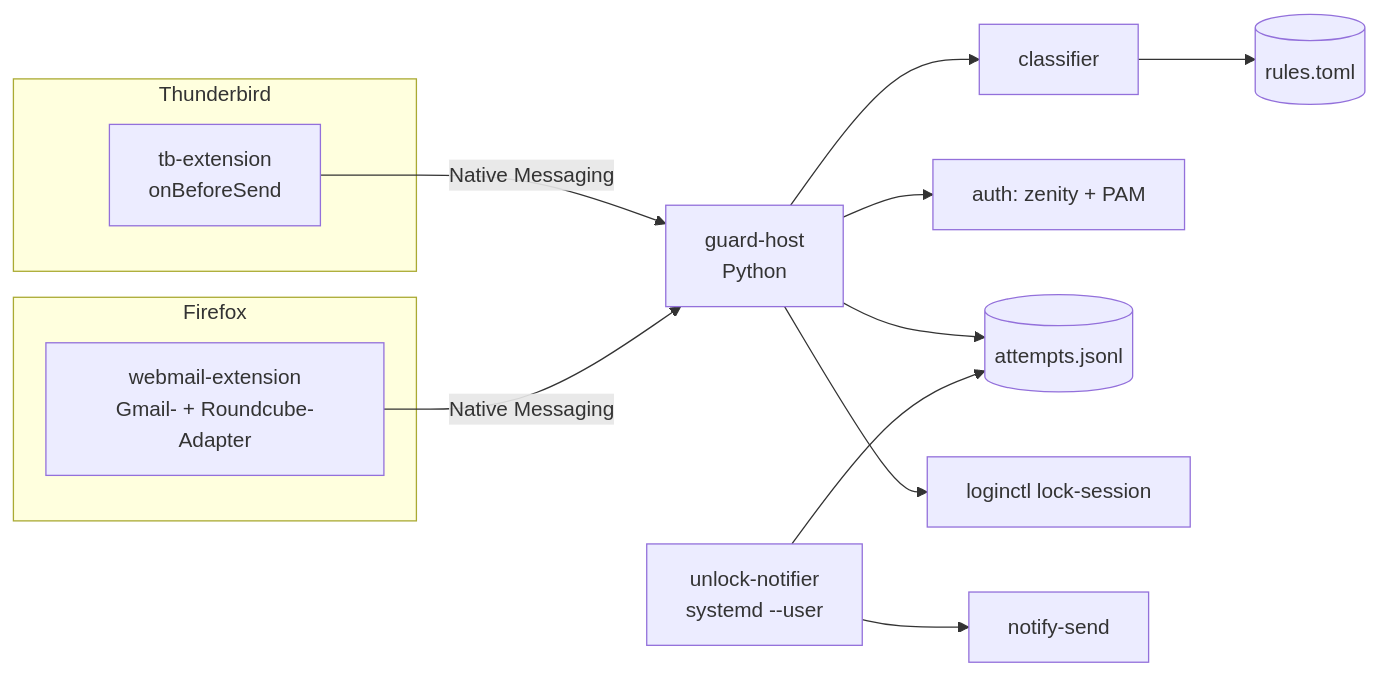
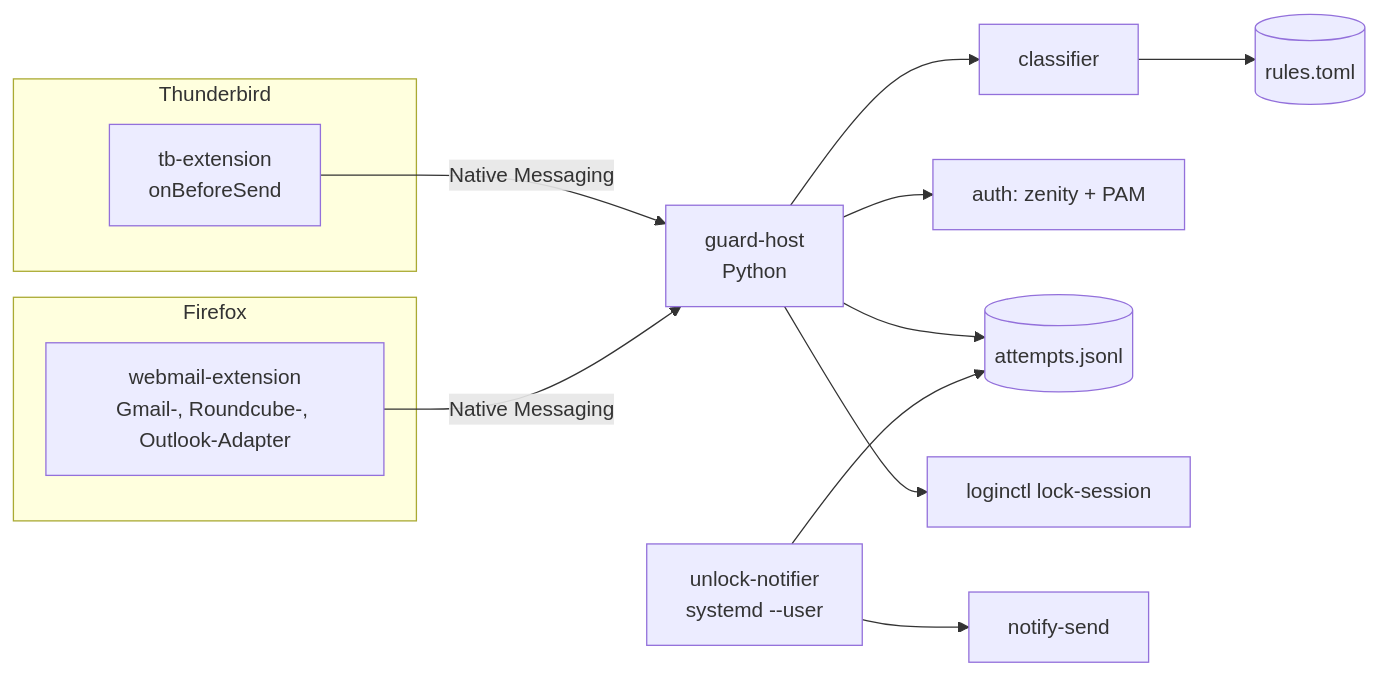
The first of 3 diagrams in specs/kuchenmail-guard/design.md (linus1423/Anti-Kuchenmail), drawn with Mermaid before and after one commit. The commit also changed other lines of this file and 2 other files, not shown here.

First line of the commit message:
Add Outlook on the web to Kuchenmail guard spec

````diff
--- a/specs/kuchenmail-guard/design.md
+++ b/specs/kuchenmail-guard/design.md
@@ -31,18 +32,18 @@
 ```mermaid
 flowchart LR
   subgraph Thunderbird
     TB[tb-extension<br/>onBeforeSend]
   end
   subgraph Firefox
-    GM[webmail-extension<br/>Gmail- + Roundcube-Adapter]
+    GM[webmail-extension<br/>Gmail-, Roundcube-, Outlook-Adapter]
   end
   TB -- Native Messaging --> H
   GM -- Native Messaging --> H
   H[guard-host<br/>Python] --> C[classifier]
   C --> R[(rules.toml)]
   H --> A[auth: zenity + PAM]
   H --> L[(attempts.jsonl)]
   H --> K[loginctl lock-session]
   W[unlock-notifier<br/>systemd --user] --> L
   W --> N[notify-send]
 ```
````
